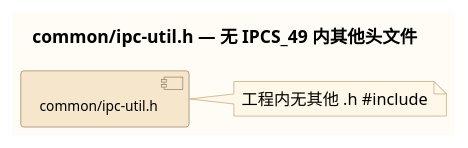
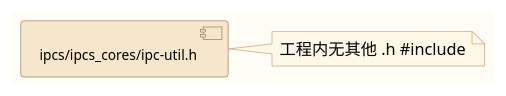
The diagram in c1_sdd_linux-ipcs/cursor_tmp/files_32_umls/3_2_8.puml (Mastang1/sad_sdd_proj), drawn with PlantUML before and after one commit. The commit also changed 232 other files, not shown here.

```diff
--- a/c1_sdd_linux-ipcs/cursor_tmp/files_32_umls/3_2_8.puml
+++ b/c1_sdd_linux-ipcs/cursor_tmp/files_32_umls/3_2_8.puml
@@ -1,20 +1,19 @@
 @startuml
 skinparam backgroundColor #FFFCF5
 skinparam component {
   BackgroundColor #F5E6CC
   BorderColor #8B7355
   FontSize 11
 }
 skinparam package {
   BackgroundColor #FAF0E0
   BorderColor #A08060
 }
 skinparam arrowColor #5C4033
 skinparam note {
   BackgroundColor #FFF8E8
   BorderColor #B89968
 }
-title common/ipc-util.h — 无 IPCS_49 内其他头文件
-component [common/ipc-util.h] as H
-note right of H : 工程内无其他 .h #include
+component [ipcs/ipcs_cores/ipc-util.h] as SRC
+note right of SRC : 工程内无其他 .h #include
 @enduml
```
